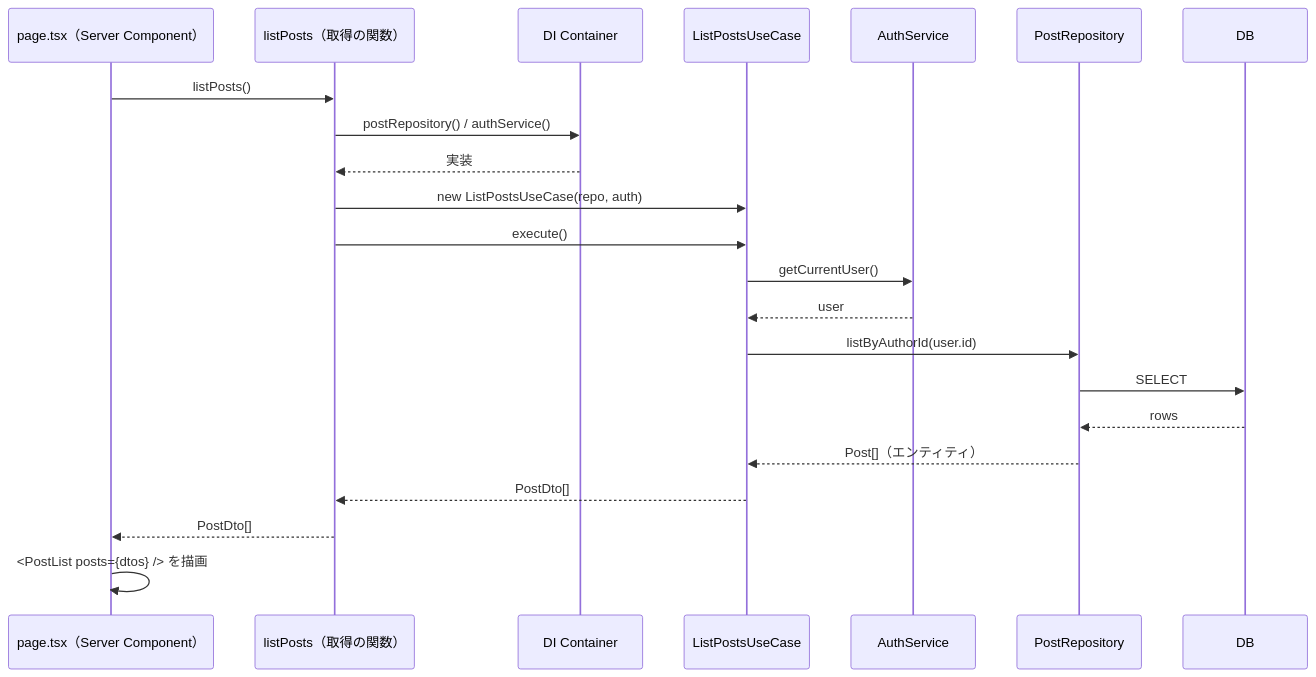
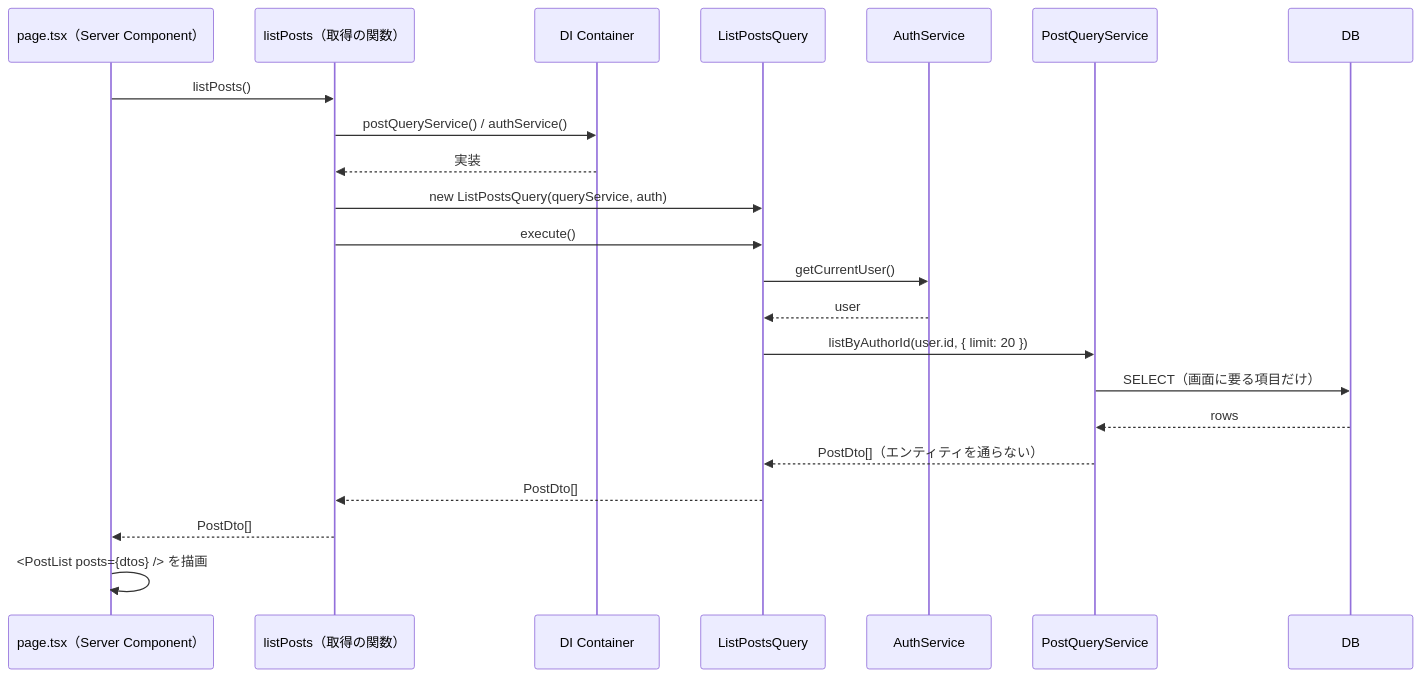
One commit to m-eiichi/next-dev-env changed the third of 4 diagrams in docs/01_全体設計/06_アーキテクチャ.md. Above: the diagram before and after it, drawn with Mermaid. The commit also changed other lines of this file and 74 other files, not shown here.

````diff
--- a/docs/01_全体設計/06_アーキテクチャ.md
+++ b/docs/01_全体設計/06_アーキテクチャ.md
@@ -680,25 +799,25 @@
 ```mermaid
 sequenceDiagram
     participant Page as page.tsx（Server Component）
-    participant Query as listPosts（取得の関数）
+    participant Fn as listPosts（取得の関数）
     participant Container as DI Container
-    participant UC as ListPostsUseCase
+    participant Q as ListPostsQuery
     participant Auth as AuthService
-    participant Repo as PostRepository
+    participant QS as PostQueryService
     participant DB as DB
 
-    Page->>Query: listPosts()
-    Query->>Container: postRepository() / authService()
-    Container-->>Query: 実装
-    Query->>UC: new ListPostsUseCase(repo, auth)
-    Query->>UC: execute()
-    UC->>Auth: getCurrentUser()
-    Auth-->>UC: user
-    UC->>Repo: listByAuthorId(user.id)
-    Repo->>DB: SELECT
-    DB-->>Repo: rows
-    Repo-->>UC: Post[]（エンティティ）
-    UC-->>Query: PostDto[]
-    Query-->>Page: PostDto[]
+    Page->>Fn: listPosts()
+    Fn->>Container: postQueryService() / authService()
+    Container-->>Fn: 実装
+    Fn->>Q: new ListPostsQuery(queryService, auth)
+    Fn->>Q: execute()
+    Q->>Auth: getCurrentUser()
+    Auth-->>Q: user
+    Q->>QS: listByAuthorId(user.id, { limit: 20 })
+    QS->>DB: SELECT（画面に要る項目だけ）
+    DB-->>QS: rows
+    QS-->>Q: PostDto[]（エンティティを通らない）
+    Q-->>Fn: PostDto[]
+    Fn-->>Page: PostDto[]
     Page->>Page: <PostList posts={dtos} /> を描画
 ```
````
